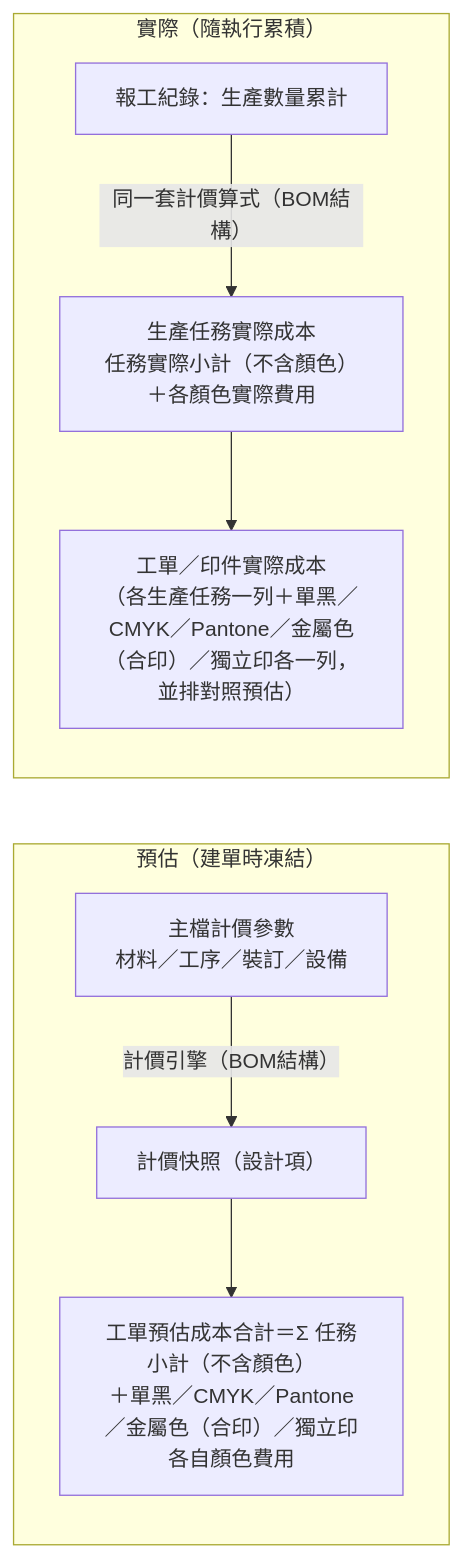
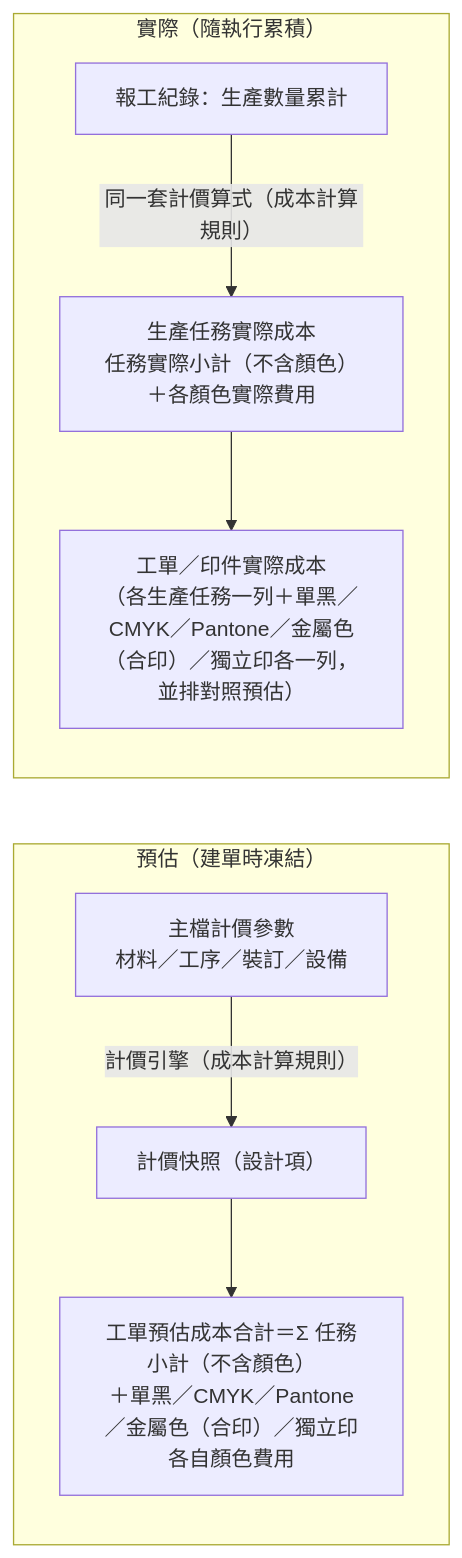
The fourth of 4 diagrams in memory/Sens_wiki/wiki/erp/05-entities/生產領域資料結構總覽.md (Kawato-Miles/erp-spec), drawn with Mermaid before and after one commit. The commit also changed other lines of this file and 69 other files, not shown here.

````diff
--- a/memory/Sens_wiki/wiki/erp/05-entities/生產領域資料結構總覽.md
+++ b/memory/Sens_wiki/wiki/erp/05-entities/生產領域資料結構總覽.md
@@ -123,11 +123,11 @@
 ```mermaid
 flowchart LR
     subgraph 預估["預估（建單時凍結）"]
-        C1["主檔計價參數<br>材料／工序／裝訂／設備"] -->|"計價引擎（BOM結構）"| C2["計價快照（設計項）"]
+        C1["主檔計價參數<br>材料／工序／裝訂／設備"] -->|"計價引擎（成本計算規則）"| C2["計價快照（設計項）"]
         C2 --> C3["工單預估成本合計＝Σ 任務小計（不含顏色）<br>＋單黑／CMYK／Pantone／金屬色（合印）／獨立印各自顏色費用"]
     end
     subgraph 實際["實際（隨執行累積）"]
-        D1["報工紀錄：生產數量累計"] -->|"同一套計價算式（BOM結構）"| D5["生產任務實際成本<br>任務實際小計（不含顏色）＋各顏色實際費用"]
+        D1["報工紀錄：生產數量累計"] -->|"同一套計價算式（成本計算規則）"| D5["生產任務實際成本<br>任務實際小計（不含顏色）＋各顏色實際費用"]
         D5 --> D6["工單／印件實際成本<br>（各生產任務一列＋單黑／CMYK／Pantone／金屬色（合印）／獨立印各一列，並排對照預估）"]
     end
 ```
````
